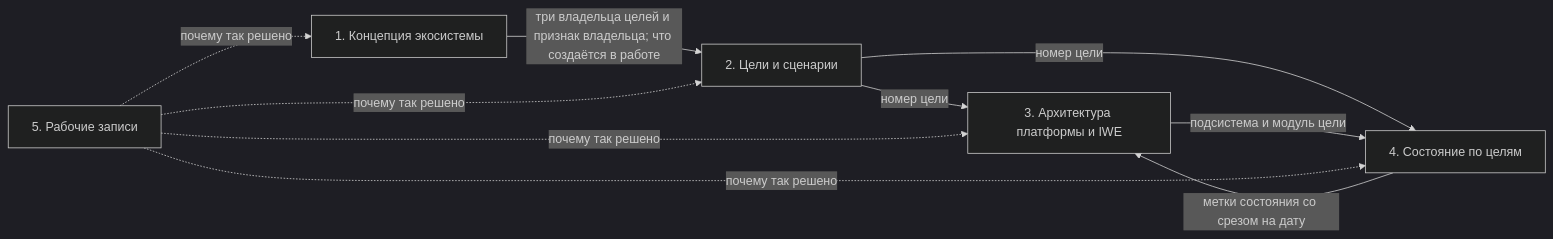
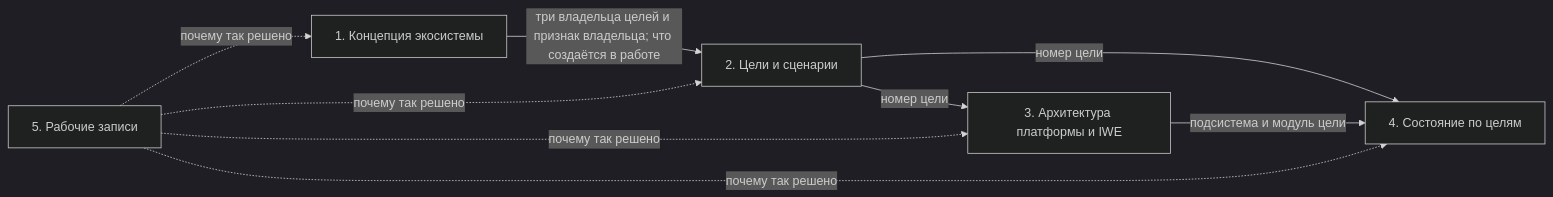
One commit to MimEcoSys/PACK-ecosystem changed the diagram in pack/ecosystem/07-map/ECO.MAP.003-five-documents.md. Above: the diagram before and after it, drawn with Mermaid (dark theme). The commit also changed other lines of this file and 5 other files, not shown here.

````diff
--- a/pack/ecosystem/07-map/ECO.MAP.003-five-documents.md
+++ b/pack/ecosystem/07-map/ECO.MAP.003-five-documents.md
@@ -66,17 +66,16 @@
 ```mermaid
 flowchart LR
     D1["1. Концепция экосистемы"]
     D2["2. Цели и сценарии"]
     D3["3. Архитектура платформы и IWE"]
     D4["4. Состояние по целям"]
     D5["5. Рабочие записи"]
     D1 -- "три владельца целей и признак владельца; что создаётся в работе" --> D2
     D2 -- "номер цели" --> D3
     D2 -- "номер цели" --> D4
     D3 -- "подсистема и модуль цели" --> D4
-    D4 -- "метки состояния со срезом на дату" --> D3
     D5 -. "почему так решено" .-> D1
     D5 -. "почему так решено" .-> D2
     D5 -. "почему так решено" .-> D3
     D5 -. "почему так решено" .-> D4
 ```
````
